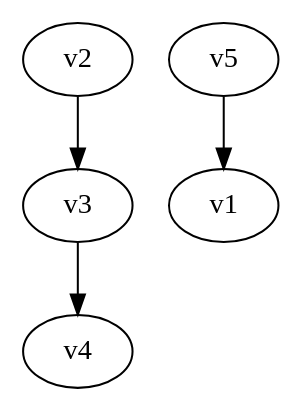
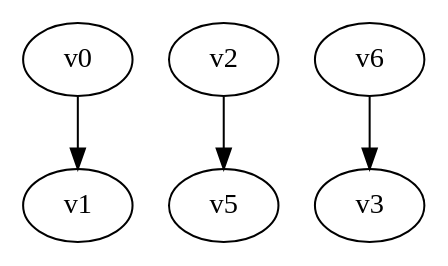
Before and after one commit to yadej/graph_project: the diagram in digraph.dot, drawn with Graphviz. The commit also changed 2 other files, not shown here.

```diff
--- a/digraph.dot
+++ b/digraph.dot
@@ -1,4 +1,5 @@
 digraph G { 
-v2 -> v3 -> v4;
-v5 -> v1;
+v0 -> v1;
+v2 -> v5;
+v6 -> v3;
 }
```
